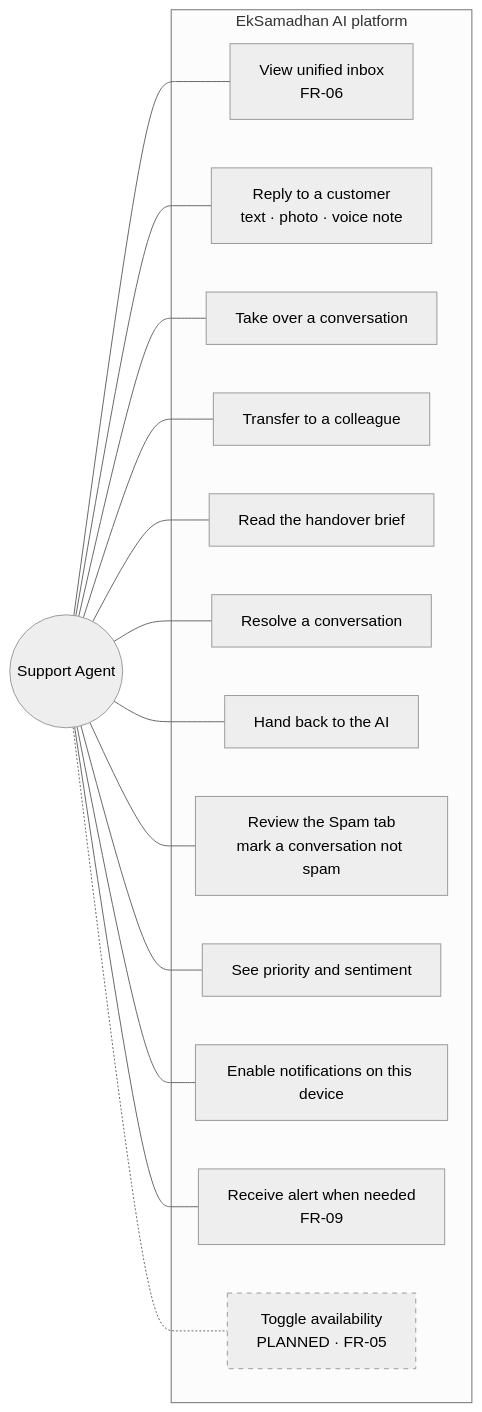
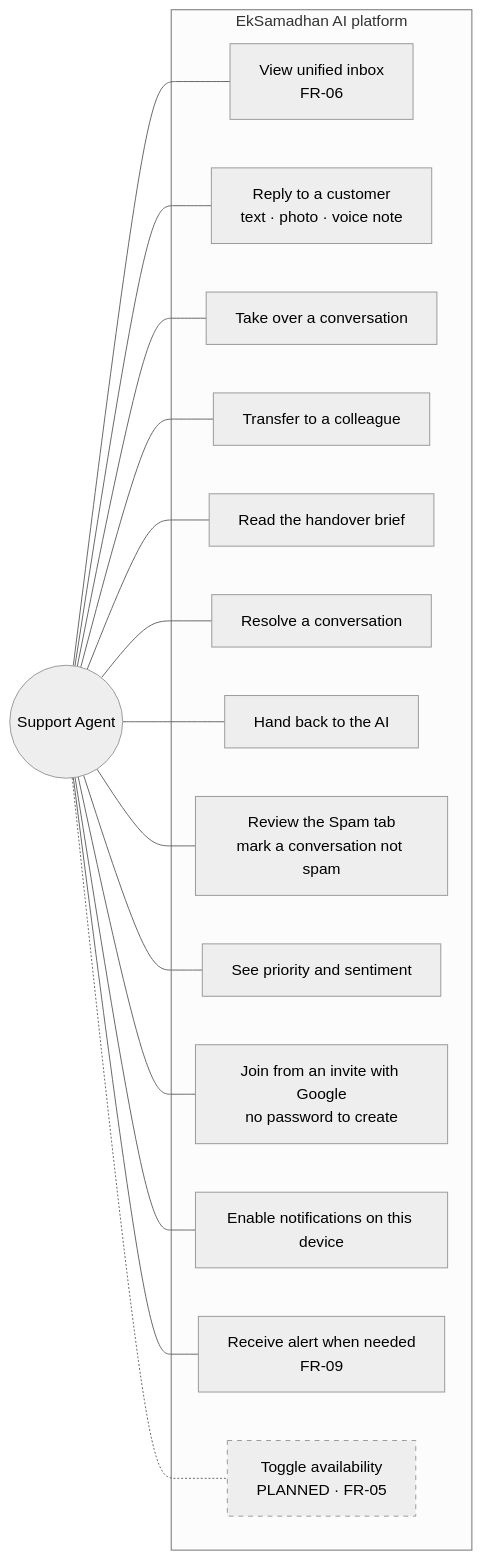
One commit to SayubShakya/eksamadhan-ai changed the second of 5 diagrams in docs/system-design/new-system-design/use-case/README.md. Above: the diagram before and after it, drawn with Mermaid (neutral theme). The commit also changed other lines of this file and 48 other files, not shown here.

````diff
--- a/docs/system-design/new-system-design/use-case/README.md
+++ b/docs/system-design/new-system-design/use-case/README.md
@@ -45,31 +47,33 @@
 ```mermaid
 flowchart LR
     agent(("Support Agent"))
     subgraph s2["EkSamadhan AI platform"]
         b1["View unified inbox<br/>FR-06"]
         b2["Reply to a customer<br/>text · photo · voice note"]
         b3["Take over a conversation"]
         b4["Transfer to a colleague"]
         b5["Read the handover brief"]
         b6["Resolve a conversation"]
         b10["Hand back to the AI"]
         b11["Review the Spam tab<br/>mark a conversation not spam"]
         b12["See priority and sentiment"]
+        b13["Join from an invite with Google<br/>no password to create"]
         b7["Enable notifications on this device"]
         b8["Receive alert when needed<br/>FR-09"]
         b9["Toggle availability<br/>PLANNED · FR-05"]
     end
     agent --- b1
     agent --- b2
     agent --- b3
     agent --- b4
     agent --- b5
     agent --- b6
     agent --- b10
     agent --- b11
     agent --- b12
+    agent --- b13
     agent --- b7
     agent --- b8
     agent -.- b9
     style b9 stroke-dasharray: 5 5
 ```
````
